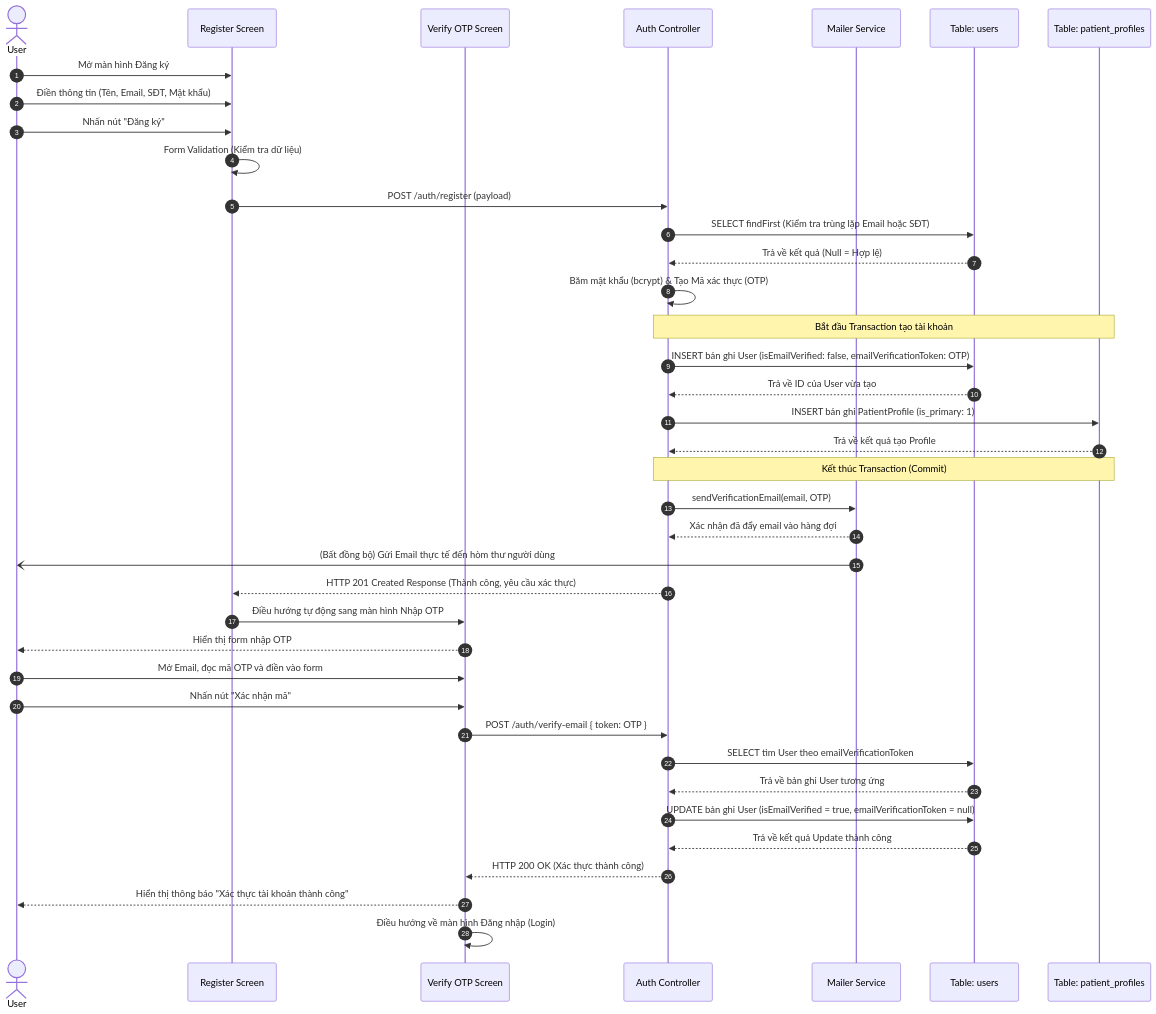
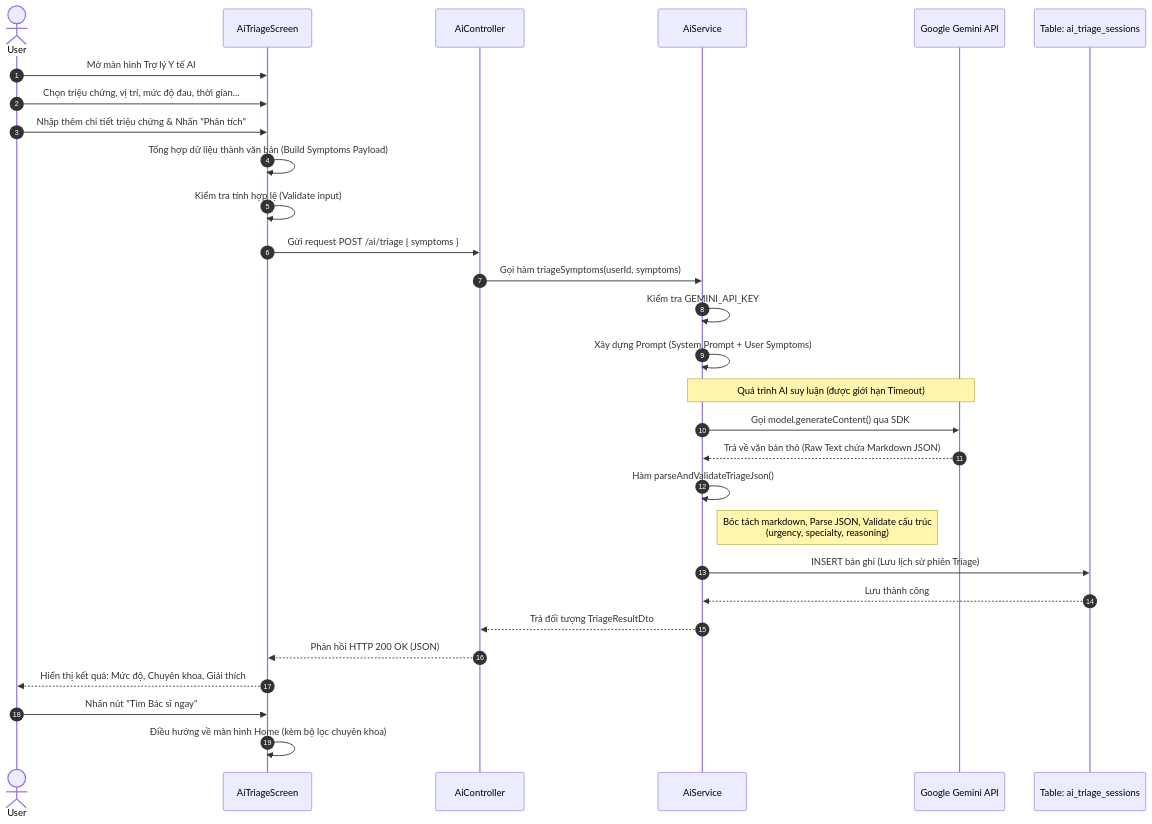
The diagram in README.md (baosatboiz/asd), drawn with Mermaid before and after one commit. The commit also changed other lines of this file, not shown here.

````diff
--- a/README.md
+++ b/README.md
@@ -7,66 +5,55 @@
 ```mermaid
 sequenceDiagram
     autonumber
     actor User as User
-    participant MobileApp as Register Screen
-    participant VerifyScreen as Verify OTP Screen
-    participant AuthCtrl as Auth Controller
-    participant MailSvc as Mailer Service
-    participant DBUser as Table: users
-    participant DBProfile as Table: patient_profiles
+    
+    participant AiScreen as AiTriageScreen
+    
+    participant AiCtrl as AiController
+    
+    participant AiSvc as AiService
+    
+    participant GeminiAPI as Google Gemini API
+    
+    participant DBTriage as Table: ai_triage_sessions
 
-    %% 1. QUÁ TRÌNH ĐĂNG KÝ CƠ BẢN
-    User->>MobileApp: Mở màn hình Đăng ký
-    User->>MobileApp: Điền thông tin (Tên, Email, SĐT, Mật khẩu)
-    User->>MobileApp: Nhấn nút "Đăng ký"
+    User->>AiScreen: Mở màn hình Trợ lý Y tế AI
+    User->>AiScreen: Chọn triệu chứng, vị trí, mức độ đau, thời gian...
+    User->>AiScreen: Nhập thêm chi tiết triệu chứng & Nhấn "Phân tích"
     
-    MobileApp->>MobileApp: Form Validation (Kiểm tra dữ liệu)
+    %% Xử lý tại Frontend
+    AiScreen->>AiScreen: Tổng hợp dữ liệu thành văn bản (Build Symptoms Payload)
+    AiScreen->>AiScreen: Kiểm tra tính hợp lệ (Validate input)
     
-    %% Gọi API Đăng ký
-    MobileApp->>AuthCtrl: POST /auth/register (payload)
+    %% Gọi API Backend
+    AiScreen->>AiCtrl: Gửi request POST /ai/triage { symptoms }
     
-    %% Xử lý nghiệp vụ Backend tại Controller
-    AuthCtrl->>DBUser: SELECT findFirst (Kiểm tra trùng lặp Email hoặc SĐT)
-    DBUser-->>AuthCtrl: Trả về kết quả (Null = Hợp lệ)
+    %% Chuyển qua Service
+    AiCtrl->>AiSvc: Gọi hàm triageSymptoms(userId, symptoms)
     
-    AuthCtrl->>AuthCtrl: Băm mật khẩu (bcrypt) & Tạo Mã xác thực (OTP)
+    %% Logic chuẩn bị gọi Gemini
+    AiSvc->>AiSvc: Kiểm tra GEMINI_API_KEY
+    AiSvc->>AiSvc: Xây dựng Prompt (System Prompt + User Symptoms)
     
-    %% Database Transaction
-    Note over AuthCtrl,DBProfile: Bắt đầu Transaction tạo tài khoản
-    AuthCtrl->>DBUser: INSERT bản ghi User (isEmailVerified: false, emailVerificationToken: OTP)
-    DBUser-->>AuthCtrl: Trả về ID của User vừa tạo
+    %% Gọi ra External API
+    Note over AiSvc,GeminiAPI: Quá trình AI suy luận (được giới hạn Timeout)
+    AiSvc->>GeminiAPI: Gọi model.generateContent() qua SDK
+    GeminiAPI-->>AiSvc: Trả về văn bản thô (Raw Text chứa Markdown JSON)
     
-    AuthCtrl->>DBProfile: INSERT bản ghi PatientProfile (is_primary: 1)
-    DBProfile-->>AuthCtrl: Trả về kết quả tạo Profile
-    Note over AuthCtrl,DBProfile: Kết thúc Transaction (Commit)
+    %% Xử lý kết quả AI
+    AiSvc->>AiSvc: Hàm parseAndValidateTriageJson()
+    Note right of AiSvc: Bóc tách markdown, Parse JSON, Validate cấu trúc<br>(urgency, specialty, reasoning)
     
-    %% Gửi Email
-    AuthCtrl->>MailSvc: sendVerificationEmail(email, OTP)
-    MailSvc-->>AuthCtrl: Xác nhận đã đẩy email vào hàng đợi
-    MailSvc-)User: (Bất đồng bộ) Gửi Email thực tế đến hòm thư người dùng
+    %% Lưu lịch sử
+    AiSvc->>DBTriage: INSERT bản ghi (Lưu lịch sử phiên Triage)
+    DBTriage-->>AiSvc: Lưu thành công
     
-    %% Phản hồi Đăng ký thành công (nhưng chưa verify)
-    AuthCtrl-->>MobileApp: HTTP 201 Created Response (Thành công, yêu cầu xác thực)
+    %% Trả kết quả
+    AiSvc-->>AiCtrl: Trả đối tượng TriageResultDto
+    AiCtrl-->>AiScreen: Phản hồi HTTP 200 OK (JSON)
     
-    %% 2. QUÁ TRÌNH XÁC THỰC EMAIL (VERIFY)
-    MobileApp->>VerifyScreen: Điều hướng tự động sang màn hình Nhập OTP
-    VerifyScreen-->>User: Hiển thị form nhập OTP
-    
-    User->>VerifyScreen: Mở Email, đọc mã OTP và điền vào form
-    User->>VerifyScreen: Nhấn nút "Xác nhận mã"
-    
-    VerifyScreen->>AuthCtrl: POST /auth/verify-email { token: OTP }
-    
-    %% Xử lý Verify Backend tại Controller
-    AuthCtrl->>DBUser: SELECT tìm User theo emailVerificationToken
-    DBUser-->>AuthCtrl: Trả về bản ghi User tương ứng
-    
-    AuthCtrl->>DBUser: UPDATE bản ghi User (isEmailVerified = true, emailVerificationToken = null)
-    DBUser-->>AuthCtrl: Trả về kết quả Update thành công
-    
-    AuthCtrl-->>VerifyScreen: HTTP 200 OK (Xác thực thành công)
-    
-    %% Kết thúc và Đăng nhập
-    VerifyScreen-->>User: Hiển thị thông báo "Xác thực tài khoản thành công"
-    VerifyScreen->>VerifyScreen: Điều hướng về màn hình Đăng nhập (Login)
+    %% Hiển thị và điều hướng
+    AiScreen-->>User: Hiển thị kết quả: Mức độ, Chuyên khoa, Giải thích
+    User->>AiScreen: Nhấn nút "Tìm Bác sĩ ngay"
+    AiScreen->>AiScreen: Điều hướng về màn hình Home (kèm bộ lọc chuyên khoa)
 ```
````
